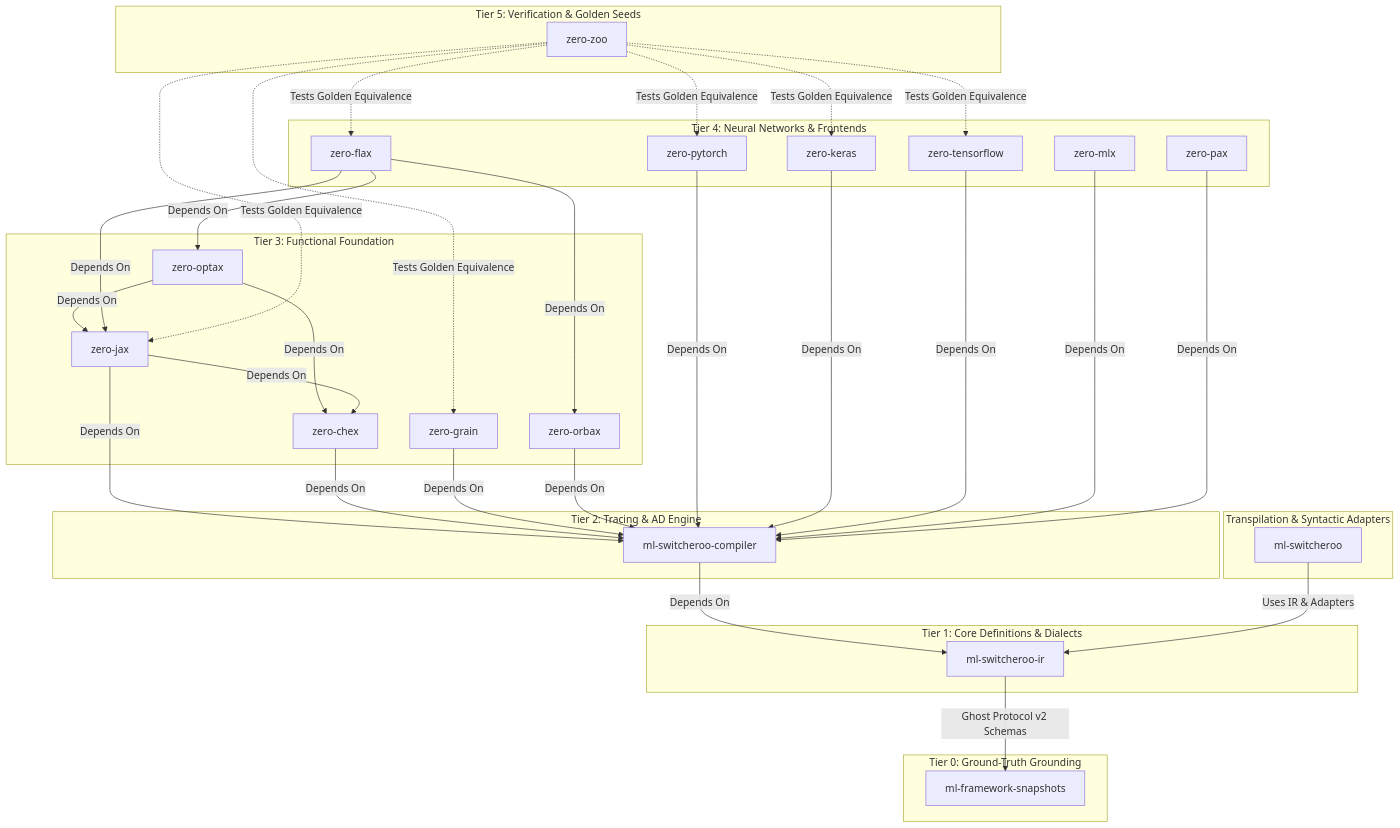
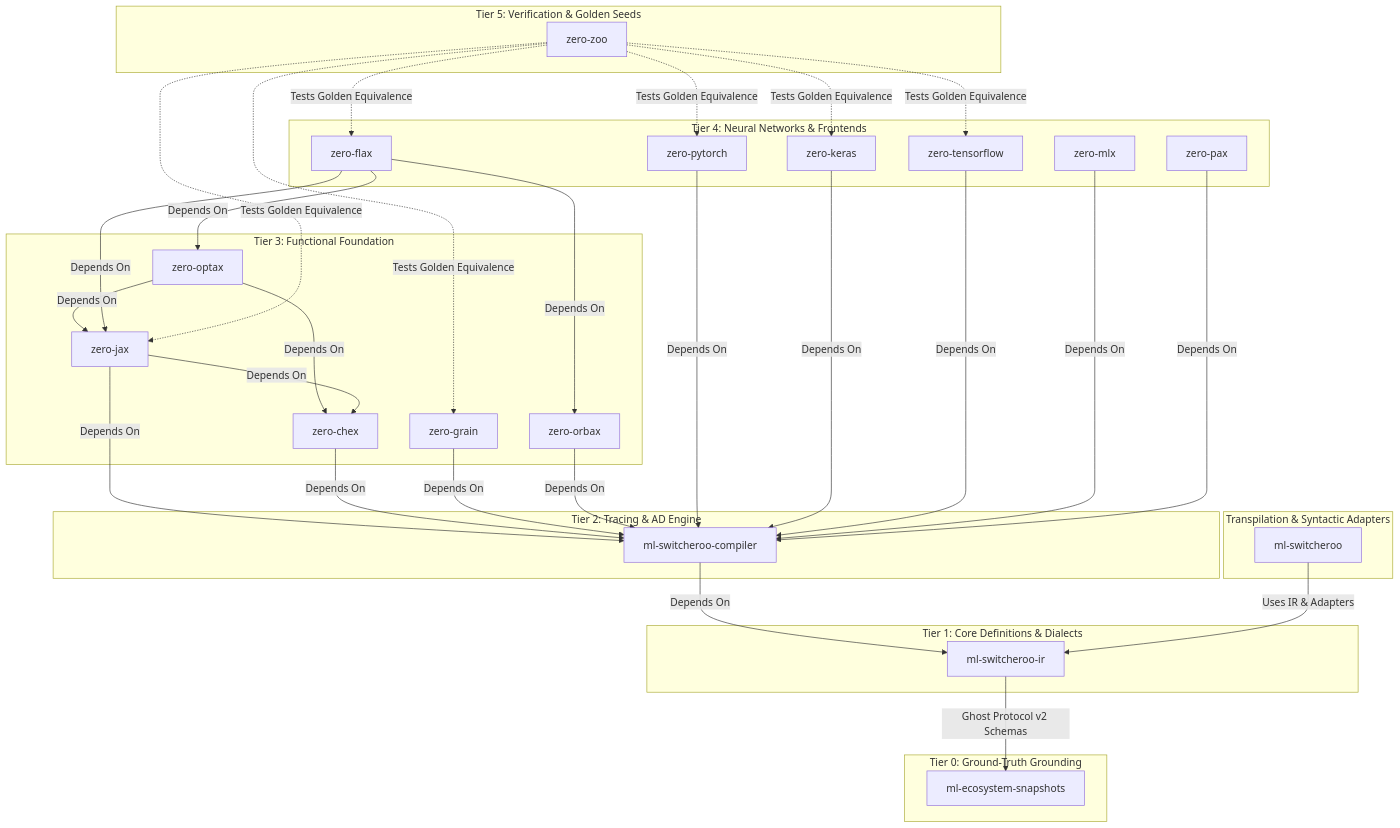
The second of 4 diagrams in ARCHITECTURE.md (SamuelMarks/ml-switcheroo-ir), drawn with Mermaid before and after one commit. The commit also changed other lines of this file and 23 other files, not shown here.

````diff
--- a/ARCHITECTURE.md
+++ b/ARCHITECTURE.md
@@ -48,68 +48,68 @@
 ```mermaid
 graph TD
     subgraph Tier 0: Ground-Truth Grounding
-        SNAPS[ml-framework-snapshots]
+        SNAPS[ml-ecosystem-snapshots]
     end
 
     subgraph Tier 1: Core Definitions & Dialects
         IR[ml-switcheroo-ir]
     end
 
     subgraph Tier 2: Tracing & AD Engine
         COMP[ml-switcheroo-compiler]
     end
 
     subgraph Transpilation & Syntactic Adapters
         SW[ml-switcheroo]
     end
 
     subgraph Tier 3: Functional Foundation
         ZJ[zero-jax]
         ZC[zero-chex]
         ZO[zero-optax]
         ZG[zero-grain]
         ZOB[zero-orbax]
     end
 
     subgraph Tier 4: Neural Networks & Frontends
         ZF[zero-flax]
         ZP[zero-pytorch]
         ZK[zero-keras]
         ZT[zero-tensorflow]
         ZM[zero-mlx]
         ZPX[zero-pax]
     end
 
     subgraph Tier 5: Verification & Golden Seeds
         ZZ[zero-zoo]
     end
 
     IR -->|Ghost Protocol v2 Schemas| SNAPS
     COMP -->|Depends On| IR
     SW -->|Uses IR & Adapters| IR
 
     ZJ -->|Depends On| COMP
     ZC -->|Depends On| COMP
     ZO -->|Depends On| ZJ
     ZO -->|Depends On| ZC
     ZG -->|Depends On| COMP
     ZOB -->|Depends On| COMP
     ZJ -->|Depends On| ZC
 
     ZF -->|Depends On| ZJ
     ZF -->|Depends On| ZO
     ZF -->|Depends On| ZOB
 
     ZP -->|Depends On| COMP
     ZK -->|Depends On| COMP
     ZT -->|Depends On| COMP
     ZM -->|Depends On| COMP
     ZPX -->|Depends On| COMP
 
     ZZ -.->|Tests Golden Equivalence| ZF
     ZZ -.->|Tests Golden Equivalence| ZP
     ZZ -.->|Tests Golden Equivalence| ZK
     ZZ -.->|Tests Golden Equivalence| ZJ
     ZZ -.->|Tests Golden Equivalence| ZT
     ZZ -.->|Tests Golden Equivalence| ZG
 ```
````
